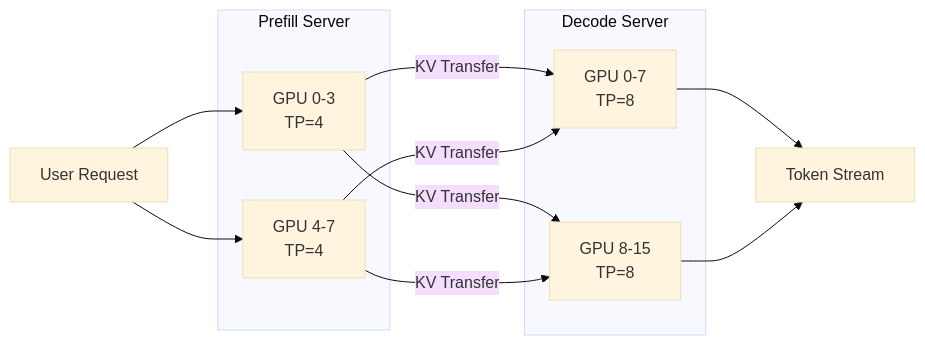
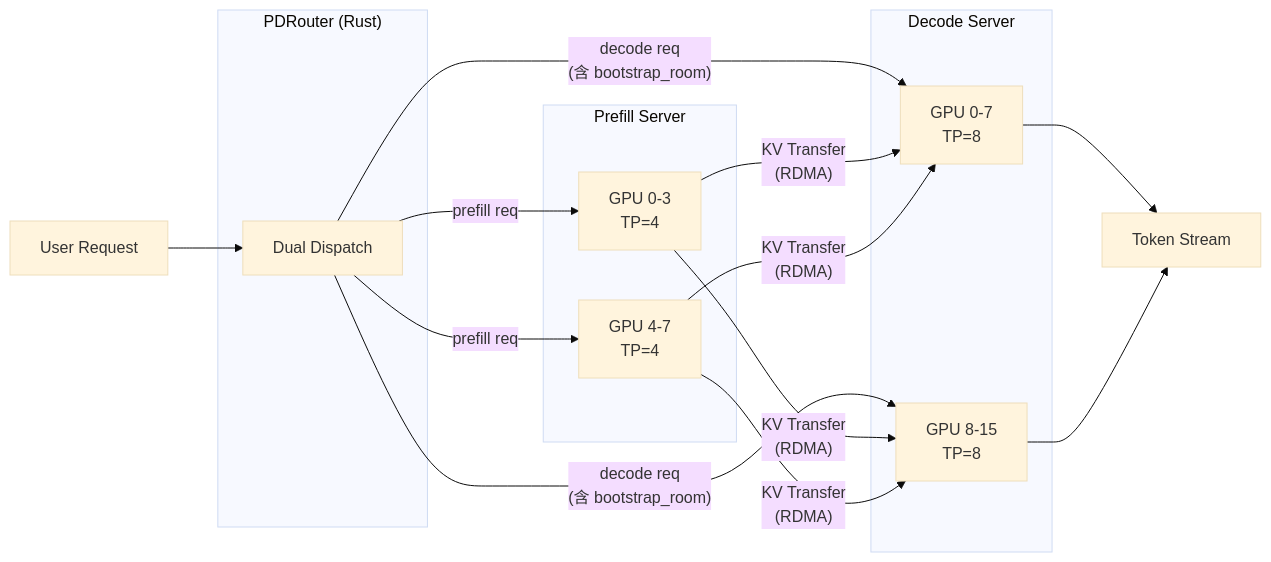
Before and after one commit to wesleyck/AIInfraNotes: the first of 7 diagrams in SGLang/14-pd-disaggregation.md, drawn with Mermaid (base theme). The commit also changed other lines of this file and 26 other files, not shown here.

````diff
--- a/SGLang/14-pd-disaggregation.md
+++ b/SGLang/14-pd-disaggregation.md
@@ -11,23 +11,30 @@
 ```mermaid
 flowchart LR
+    subgraph Router["PDRouter (Rust)"]
+        R["Dual Dispatch"]
+    end
+
     subgraph Prefill["Prefill Server"]
         P1["GPU 0-3<br/>TP=4"]
         P2["GPU 4-7<br/>TP=4"]
     end
-    
+
     subgraph Decode["Decode Server"]
         D1["GPU 0-7<br/>TP=8"]
         D2["GPU 8-15<br/>TP=8"]
     end
-    
-    User["User Request"] --> P1
-    User --> P2
-    
-    P1 --> |"KV Transfer"| D1
-    P1 --> |"KV Transfer"| D2
-    P2 --> |"KV Transfer"| D1
-    P2 --> |"KV Transfer"| D2
-    
+
+    User["User Request"] --> R
+    R --> |"prefill req"| P1
+    R --> |"prefill req"| P2
+    R --> |"decode req<br/>(含 bootstrap_room)"| D1
+    R --> |"decode req<br/>(含 bootstrap_room)"| D2
+
+    P1 --> |"KV Transfer<br/>(RDMA)"| D1
+    P1 --> |"KV Transfer<br/>(RDMA)"| D2
+    P2 --> |"KV Transfer<br/>(RDMA)"| D1
+    P2 --> |"KV Transfer<br/>(RDMA)"| D2
+
     D1 --> Output["Token Stream"]
     D2 --> Output
 ```
````
